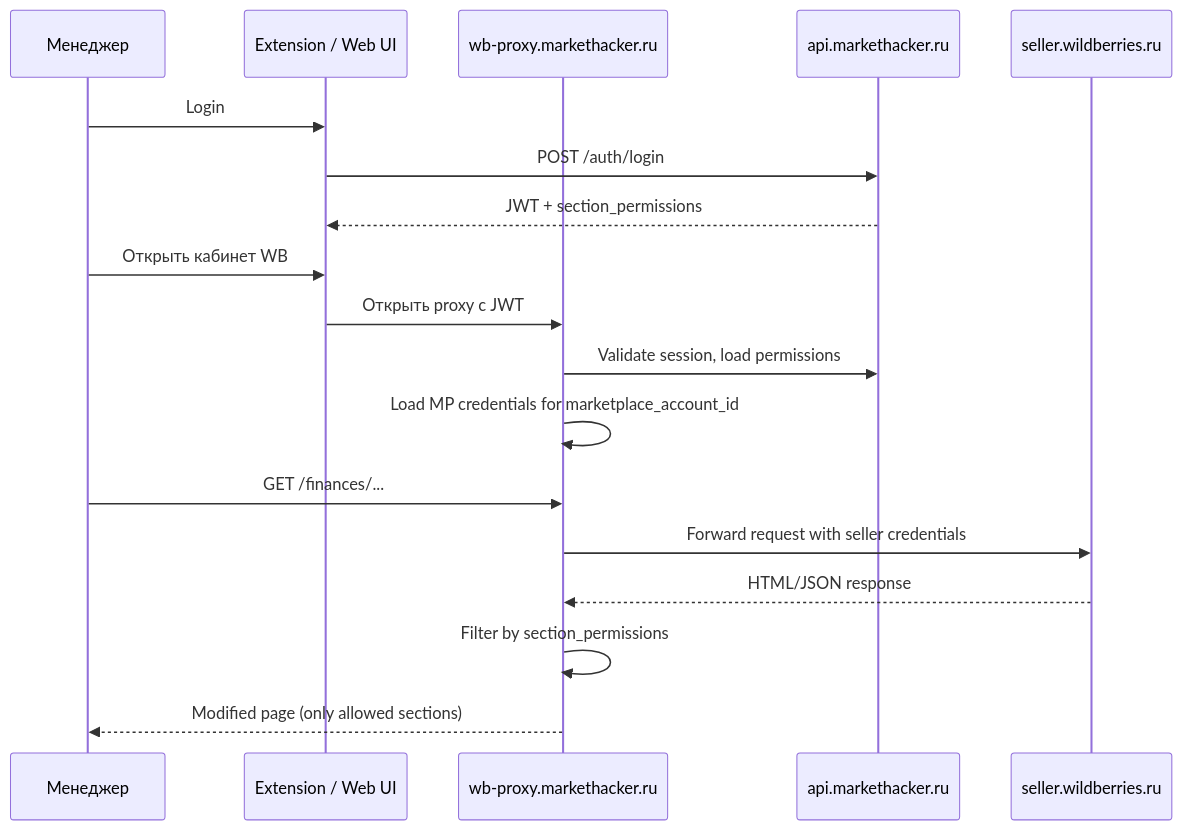
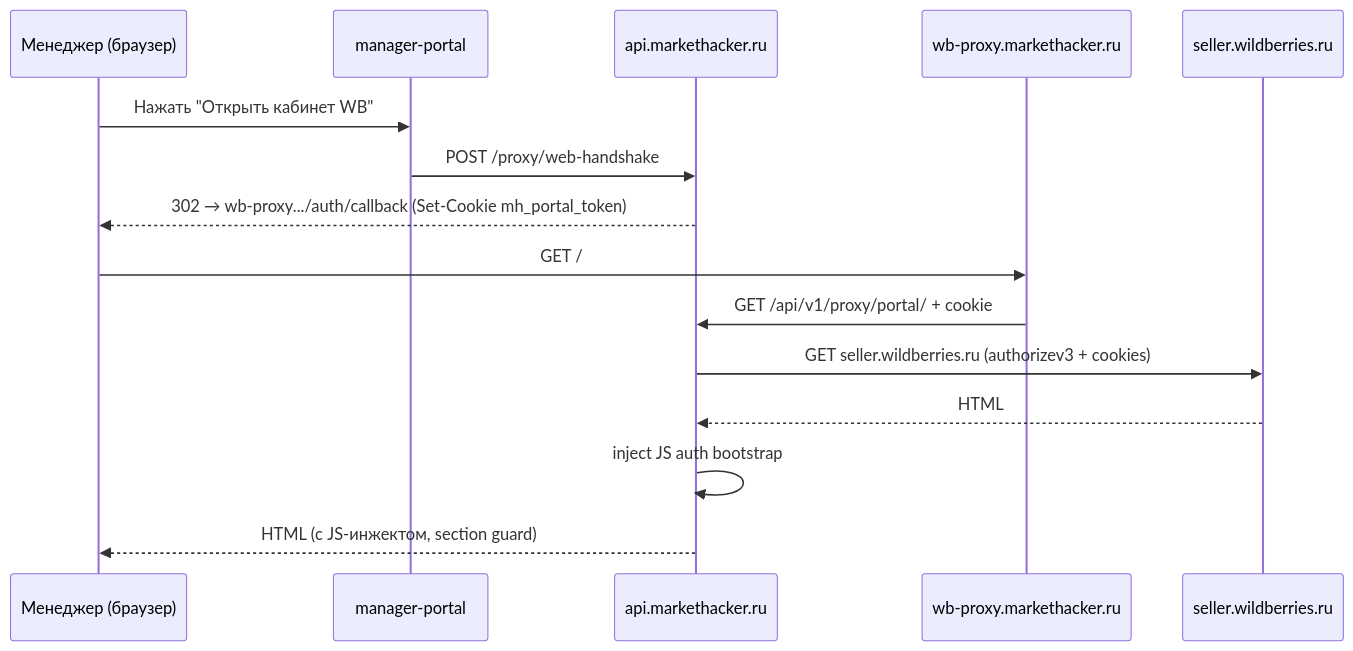
Before and after one commit to MarketHackerLabs/docs: the second of 3 diagrams in architecture/marketplace-access-model.md, drawn with Mermaid. The commit also changed other lines of this file and 3 other files, not shown here.

Commit message:
Обновить документацию проекта MarketHacker: изменить описание платформы в README.md, добавить информацию о WB Portal Proxy и его компонентах в архитектурные документы, а также обновить топологию и переменные окружения для продакшн-среды.

````diff
--- a/architecture/marketplace-access-model.md
+++ b/architecture/marketplace-access-model.md
@@ -140,24 +142,19 @@
 ```mermaid
 sequenceDiagram
-    participant M as Менеджер
-    participant EXT as Extension / Web UI
-    participant PROXY as wb-proxy.markethacker.ru
+    participant M as Менеджер (браузер)
+    participant MP as manager-portal
     participant API as api.markethacker.ru
-    participant MP as seller.wildberries.ru
+    participant Proxy as wb-proxy.markethacker.ru
+    participant WB as seller.wildberries.ru
 
-    M->>EXT: Login
-    EXT->>API: POST /auth/login
-    API-->>EXT: JWT + section_permissions
+    M->>MP: Нажать "Открыть кабинет WB"
+    MP->>API: POST /proxy/web-handshake
+    API-->>M: 302 → wb-proxy.../auth/callback (Set-Cookie mh_portal_token)
 
-    M->>EXT: Открыть кабинет WB
-    EXT->>PROXY: Открыть proxy с JWT
-
-    PROXY->>API: Validate session, load permissions
-    PROXY->>PROXY: Load MP credentials for marketplace_account_id
-
-    M->>PROXY: GET /finances/...
-    PROXY->>MP: Forward request with seller credentials
-    MP-->>PROXY: HTML/JSON response
-    PROXY->>PROXY: Filter by section_permissions
-    PROXY-->>M: Modified page (only allowed sections)
+    M->>Proxy: GET /
+    Proxy->>API: GET /api/v1/proxy/portal/ + cookie
+    API->>WB: GET seller.wildberries.ru (authorizev3 + cookies)
+    WB-->>API: HTML
+    API->>API: inject JS auth bootstrap
+    API-->>M: HTML (с JS-инжектом, section guard)
 ```
````
